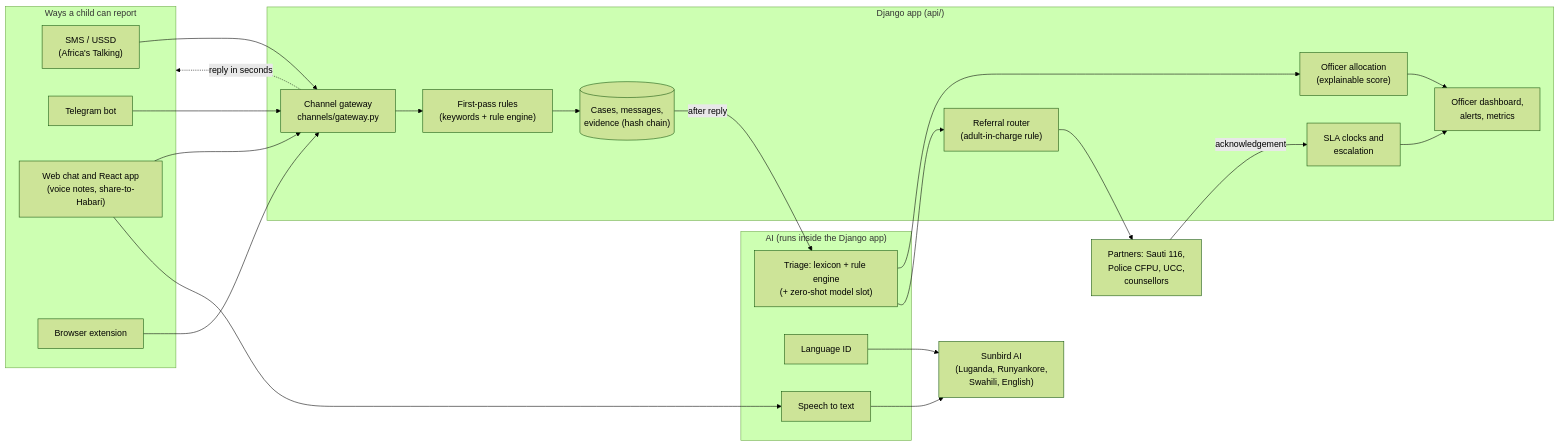
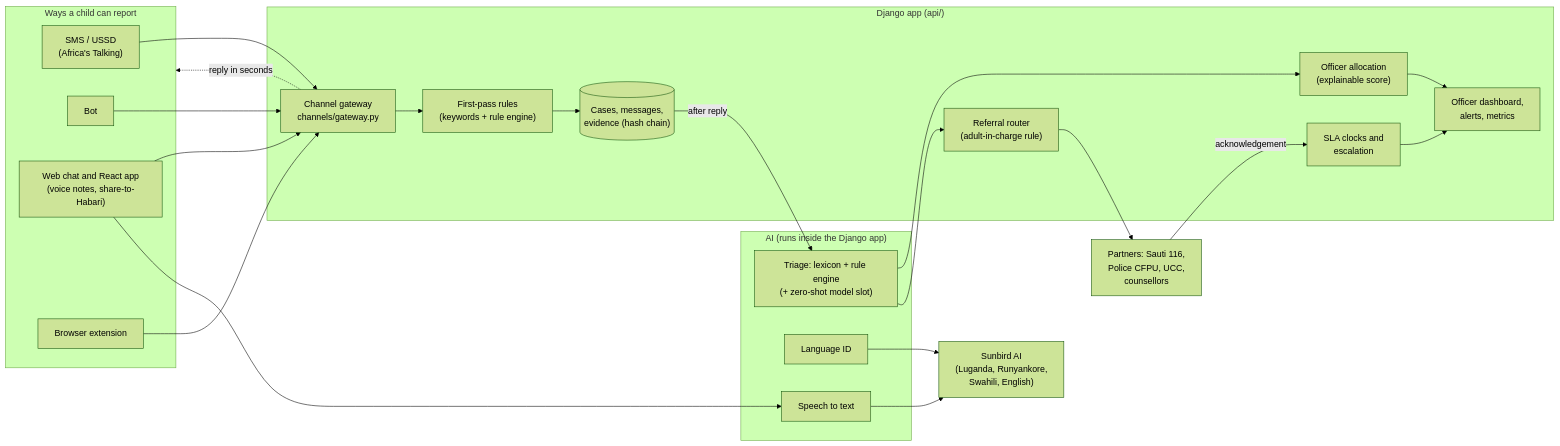
One commit to Nowellah/Habari changed the diagram in docs/ARCHITECTURE.md. Above: the diagram before and after it, drawn with Mermaid (forest theme). The commit also changed other lines of this file and 2 other files, not shown here.

Commit message:
docs: describe the bot channel generically, not by platform

````diff
--- a/docs/ARCHITECTURE.md
+++ b/docs/ARCHITECTURE.md
@@ -7,39 +7,39 @@
 ```mermaid
 flowchart LR
   subgraph Doors["Ways a child can report"]
     SMS["SMS / USSD<br/>(Africa's Talking)"]
-    TG["Telegram bot"]
+    TG["Bot"]
     WEB["Web chat and React app<br/>(voice notes, share-to-Habari)"]
     EXT["Browser extension"]
   end
 
   subgraph Django["Django app (api/)"]
     GW["Channel gateway<br/>channels/gateway.py"]
     RULES["First-pass rules<br/>(keywords + rule engine)"]
     CASE[("Cases, messages,<br/>evidence (hash chain)")]
     ALLOC["Officer allocation<br/>(explainable score)"]
     ROUTER["Referral router<br/>(adult-in-charge rule)"]
     SLA["SLA clocks and<br/>escalation"]
     DASH["Officer dashboard,<br/>alerts, metrics"]
   end
 
   subgraph AI["AI (runs inside the Django app)"]
     TRIAGE["Triage: lexicon + rule engine<br/>(+ zero-shot model slot)"]
     LANG["Language ID"]
     STT["Speech to text"]
   end
 
   SUN["Sunbird AI<br/>(Luganda, Runyankore,<br/>Swahili, English)"]
   PART["Partners: Sauti 116,<br/>Police CFPU, UCC,<br/>counsellors"]
 
   SMS & TG & WEB & EXT --> GW
   GW --> RULES --> CASE
   GW -. reply in seconds .-> Doors
   CASE -- after reply --> TRIAGE
   TRIAGE --> ALLOC --> DASH
   TRIAGE --> ROUTER --> PART
   PART -- acknowledgement --> SLA
   SLA --> DASH
   LANG & STT --> SUN
   WEB --> STT
 ```
````
